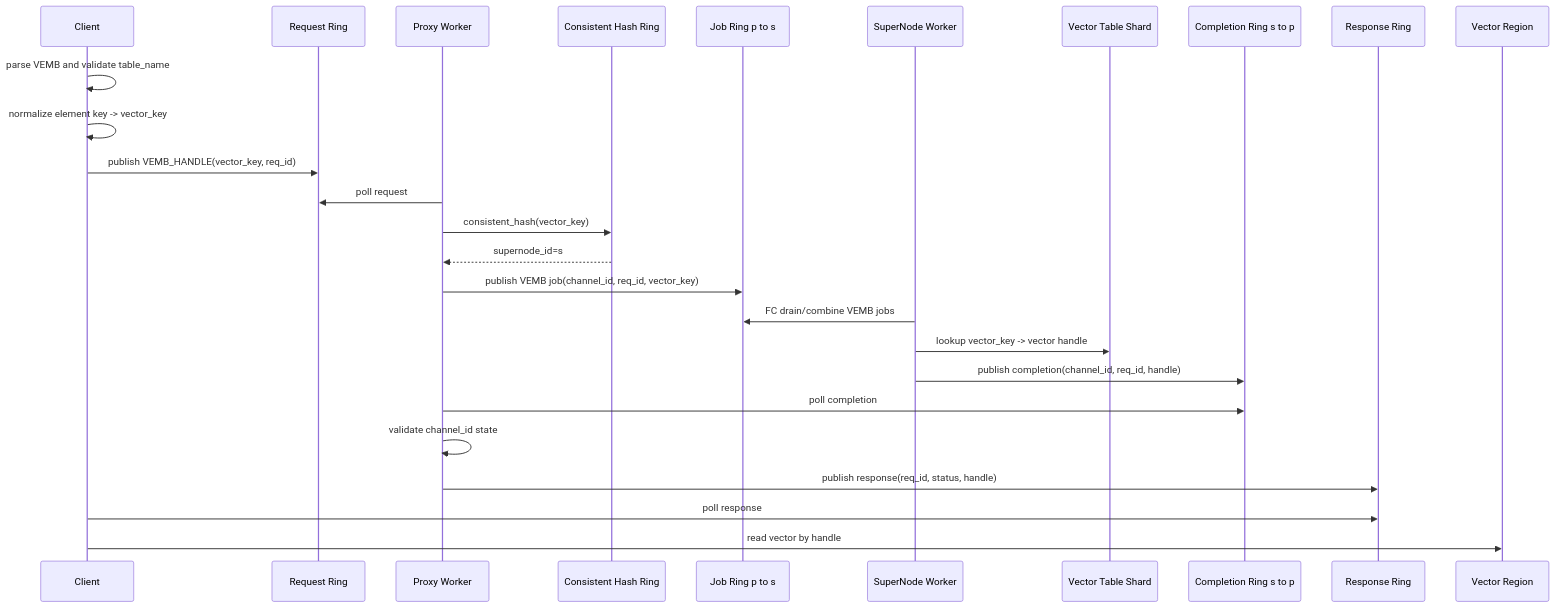
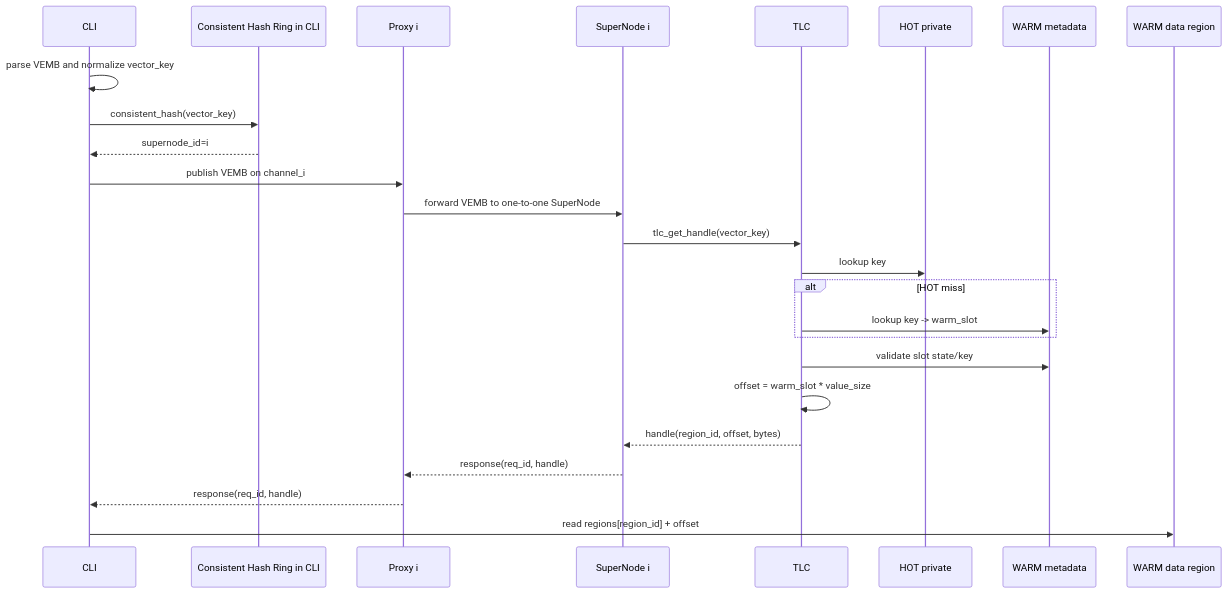
The fourth of 4 diagrams in docs/VEMB_V16_MULTI_SUPERNODE_HASH_RING_DESIGN.md (jialiuyu/redis), drawn with Mermaid before and after one commit. The commit also changed other lines of this file and 1 other file, not shown here.

Commit message:
docs: clarify vemb v16 tlc warm model

````diff
--- a/docs/VEMB_V16_MULTI_SUPERNODE_HASH_RING_DESIGN.md
+++ b/docs/VEMB_V16_MULTI_SUPERNODE_HASH_RING_DESIGN.md
@@ -147,29 +187,28 @@
 ```mermaid
 sequenceDiagram
-    participant C as Client
-    participant RQ as Request Ring
-    participant P as Proxy Worker
-    participant HR as Consistent Hash Ring
-    participant JQ as Job Ring p to s
-    participant SN as SuperNode Worker
-    participant T as Vector Table Shard
-    participant CQ as Completion Ring s to p
-    participant RS as Response Ring
-    participant V as Vector Region
+    participant CLI as CLI
+    participant HR as Consistent Hash Ring in CLI
+    participant P as Proxy i
+    participant SN as SuperNode i
+    participant TLC as TLC
+    participant HOT as HOT private
+    participant WMETA as WARM metadata
+    participant WDATA as WARM data region
 
-    C->>C: parse VEMB and validate table_name
-    C->>C: normalize element key -> vector_key
-    C->>RQ: publish VEMB_HANDLE(vector_key, req_id)
-    P->>RQ: poll request
-    P->>HR: consistent_hash(vector_key)
-    HR-->>P: supernode_id=s
-    P->>JQ: publish VEMB job(channel_id, req_id, vector_key)
-    SN->>JQ: FC drain/combine VEMB jobs
-    SN->>T: lookup vector_key -> vector handle
-    SN->>CQ: publish completion(channel_id, req_id, handle)
-    P->>CQ: poll completion
-    P->>P: validate channel_id state
-    P->>RS: publish response(req_id, status, handle)
-    C->>RS: poll response
-    C->>V: read vector by handle
+    CLI->>CLI: parse VEMB and normalize vector_key
+    CLI->>HR: consistent_hash(vector_key)
+    HR-->>CLI: supernode_id=i
+    CLI->>P: publish VEMB on channel_i
+    P->>SN: forward VEMB to one-to-one SuperNode
+    SN->>TLC: tlc_get_handle(vector_key)
+    TLC->>HOT: lookup key
+    alt HOT miss
+        TLC->>WMETA: lookup key -> warm_slot
+    end
+    TLC->>WMETA: validate slot state/key
+    TLC->>TLC: offset = warm_slot * value_size
+    TLC-->>SN: handle(region_id, offset, bytes)
+    SN-->>P: response(req_id, handle)
+    P-->>CLI: response(req_id, handle)
+    CLI->>WDATA: read regions[region_id] + offset
 ```
````
